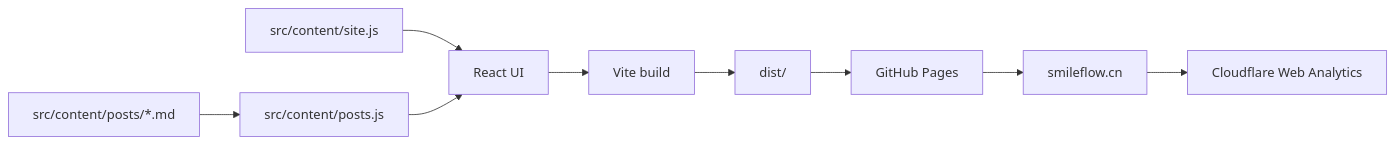
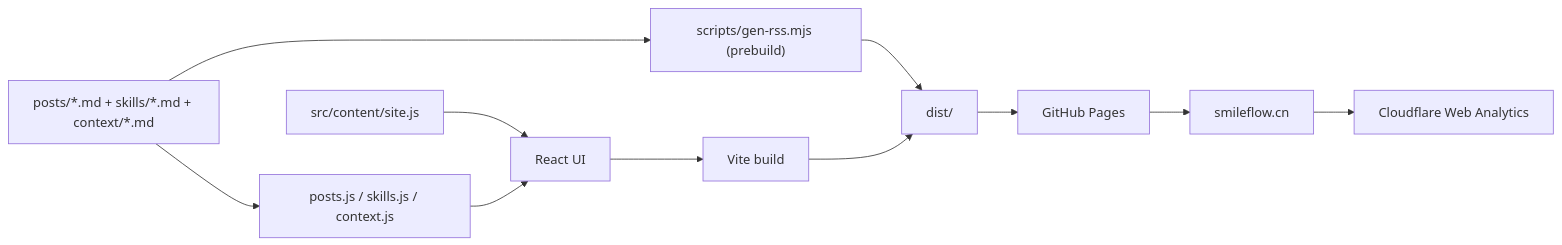
One commit to SmileLikeYe/smile-personal-website changed the diagram in docs/maintenance.md. Above: the diagram before and after it, drawn with Mermaid. The commit also changed other lines of this file and 3 other files, not shown here.

````diff
--- a/docs/maintenance.md
+++ b/docs/maintenance.md
@@ -9,11 +9,13 @@
 ```mermaid
 flowchart LR
   A["src/content/site.js"] --> D["React UI"]
-  B["src/content/posts/*.md"] --> C["src/content/posts.js"]
+  B["posts/*.md + skills/*.md + context/*.md"] --> C["posts.js / skills.js / context.js"]
   C --> D
+  B --> R["scripts/gen-rss.mjs (prebuild)"]
+  R --> F
   D --> E["Vite build"]
   E --> F["dist/"]
   F --> G["GitHub Pages"]
   G --> H["smileflow.cn"]
   H --> I["Cloudflare Web Analytics"]
 ```
````
